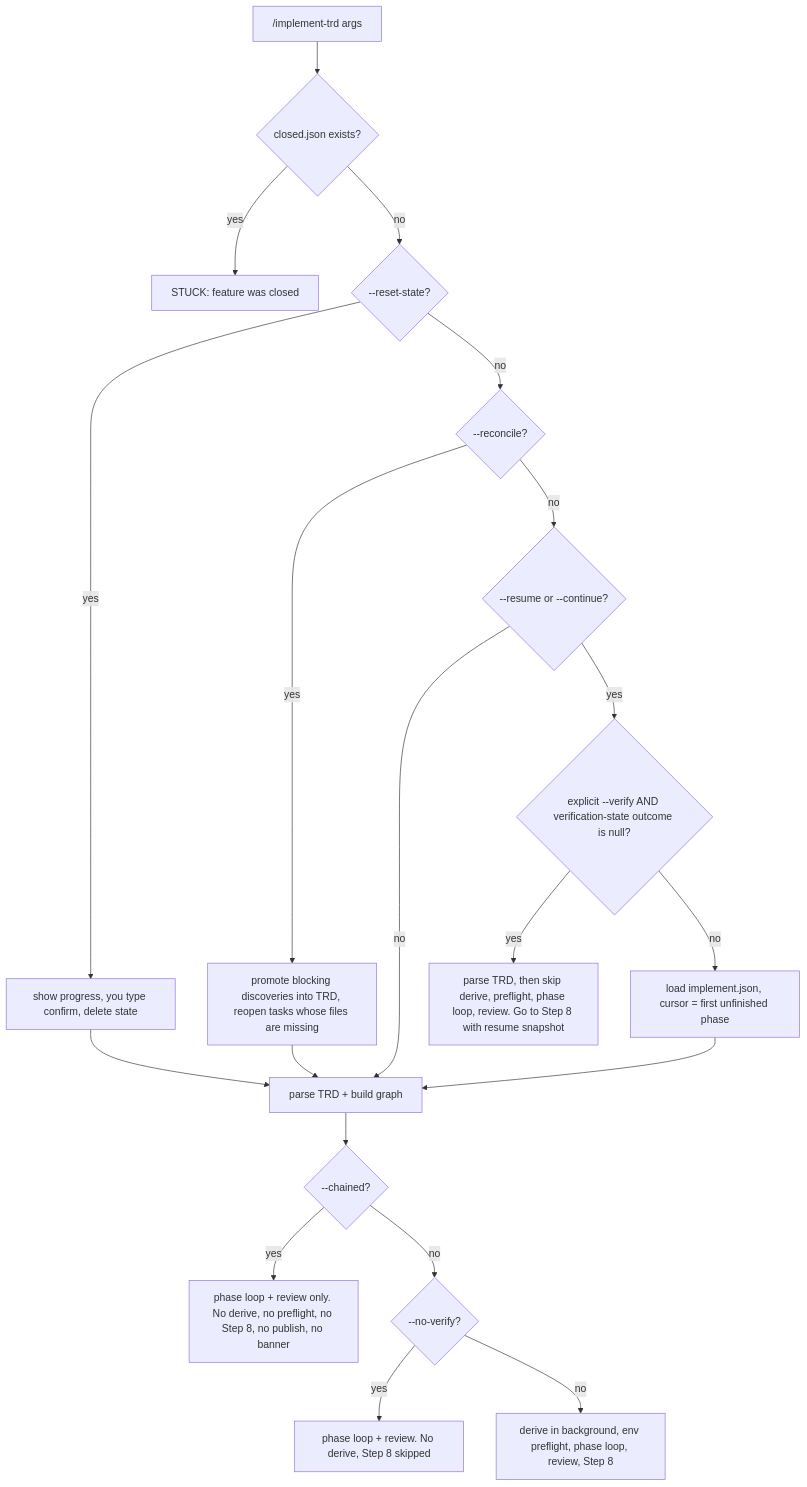
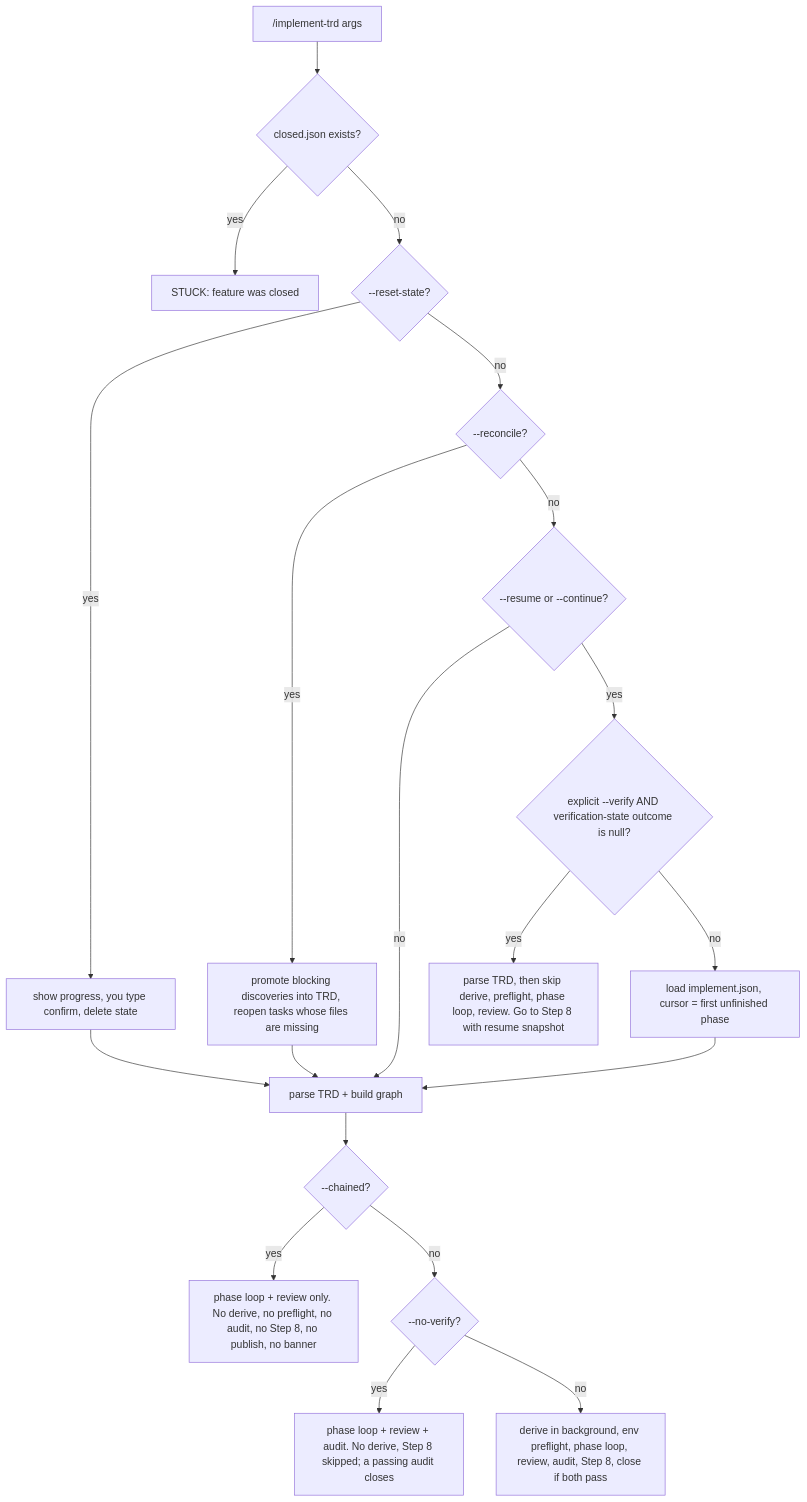
Before and after one commit to FortiumPartners/ensemble-vnext: the first of 2 diagrams in docs/reference/implement-trd.md, drawn with Mermaid. The commit also changed other lines of this file and 19 other files, not shown here.

Commit message:
chore(phase 4): checkpoint (docs audit-first; order test; battery green apart from 4 environmental baseline failures)

````diff
--- a/docs/reference/implement-trd.md
+++ b/docs/reference/implement-trd.md
@@ -58,22 +59,22 @@
 ```mermaid
 flowchart TD
     A["/implement-trd args"] --> B{"closed.json exists?"}
     B -- yes --> Z1["STUCK: feature was closed"]
     B -- no --> C{"--reset-state?"}
     C -- yes --> C1["show progress, you type confirm, delete state"]
     C -- no --> D{"--reconcile?"}
     C1 --> P
     D -- yes --> D1["promote blocking discoveries into TRD, reopen tasks whose files are missing"]
     D -- no --> E{"--resume or --continue?"}
     D1 --> P
     E -- no --> P["parse TRD + build graph"]
     E -- yes --> F{"explicit --verify AND verification-state outcome is null?"}
     F -- yes --> V["parse TRD, then skip derive, preflight, phase loop, review. Go to Step 8 with resume snapshot"]
     F -- no --> E1["load implement.json, cursor = first unfinished phase"]
     E1 --> P
     P --> G{"--chained?"}
-    G -- yes --> H["phase loop + review only. No derive, no preflight, no Step 8, no publish, no banner"]
+    G -- yes --> H["phase loop + review only. No derive, no preflight, no audit, no Step 8, no publish, no banner"]
     G -- no --> I{"--no-verify?"}
-    I -- yes --> J["phase loop + review. No derive, Step 8 skipped"]
-    I -- no --> K["derive in background, env preflight, phase loop, review, Step 8"]
+    I -- yes --> J["phase loop + review + audit. No derive, Step 8 skipped; a passing audit closes"]
+    I -- no --> K["derive in background, env preflight, phase loop, review, audit, Step 8, close if both pass"]
 ```
````
